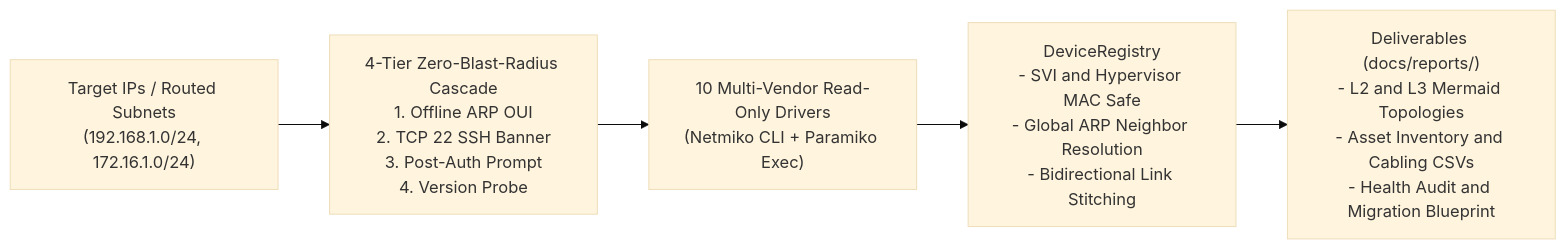
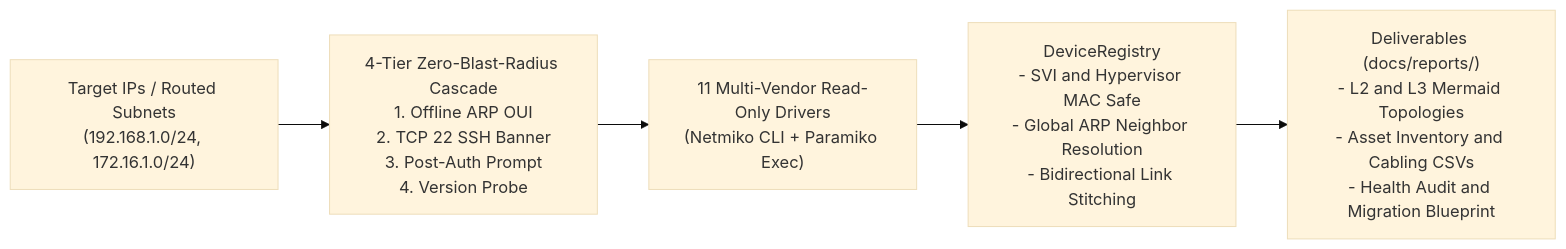
One commit to leifdavisson/net-docu-crawler changed the diagram in README.md. Above: the diagram before and after it, drawn with Mermaid (base theme). The commit also changed other lines of this file and 25 other files, not shown here.

Commit message:
feat: add HPProCurve/CiscoSMB drivers, Telnet/custom-port/parallel scan, multi-cred, and migration parsers

````diff
--- a/README.md
+++ b/README.md
@@ -26,13 +26,13 @@
 ```mermaid
 flowchart LR
     Targets["Target IPs / Routed Subnets<br>(192.168.1.0/24, 172.16.1.0/24)"]
     Cascade["4-Tier Zero-Blast-Radius Cascade<br>1. Offline ARP OUI<br>2. TCP 22 SSH Banner<br>3. Post-Auth Prompt<br>4. Version Probe"]
-    Drivers["10 Multi-Vendor Read-Only Drivers<br>(Netmiko CLI + Paramiko Exec)"]
+    Drivers["11 Multi-Vendor Read-Only Drivers<br>(Netmiko CLI + Paramiko Exec)"]
     Registry["DeviceRegistry<br>- SVI and Hypervisor MAC Safe<br>- Global ARP Neighbor Resolution<br>- Bidirectional Link Stitching"]
     Reports["Deliverables (docs/reports/)<br>- L2 and L3 Mermaid Topologies<br>- Asset Inventory and Cabling CSVs<br>- Health Audit and Migration Blueprint"]
 
     Targets --> Cascade
     Cascade --> Drivers
     Drivers --> Registry
     Registry --> Reports
 ```
````
